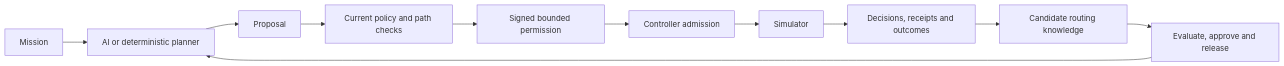
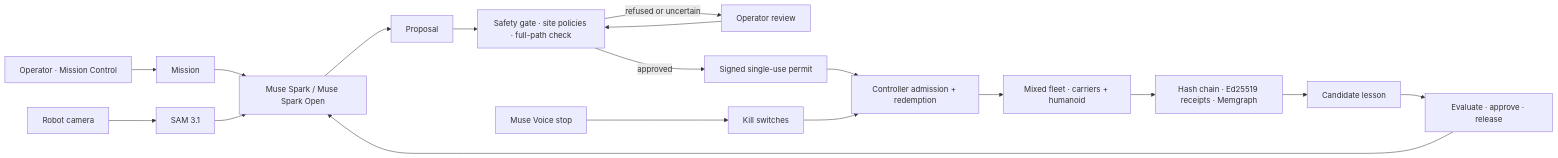
The diagram in README.md (othnielObasi/sovereign-autonomy), drawn with Mermaid before and after one commit. The commit also changed other lines of this file, not shown here.

Commit message:
Rewrite README for production: live links, mission flow, Meta models, architecture, deployment

````diff
--- a/README.md
+++ b/README.md
@@ -37,13 +52,18 @@
 ```mermaid
 flowchart LR
-    Mission --> Planner[AI or deterministic planner]
+    Op[Operator · Mission Control] --> Mission
+    Mission --> Planner[Muse Spark / Muse Spark Open]
+    Cam[Robot camera] --> SAM[SAM 3.1] --> Planner
     Planner --> Proposal
-    Proposal --> Gate[Current policy and path checks]
-    Gate --> Permit[Signed bounded permission]
-    Permit --> Controller[Controller admission]
-    Controller --> Simulator
-    Simulator --> Evidence[Decisions, receipts and outcomes]
-    Evidence --> Candidate[Candidate routing knowledge]
-    Candidate --> Review[Evaluate, approve and release]
-    Review --> Planner
+    Proposal --> Gate[Safety gate · site policies · full-path check]
+    Gate -- refused or uncertain --> Review[Operator review]
+    Review --> Gate
+    Gate -- approved --> Permit[Signed single-use permit]
+    Permit --> Controller[Controller admission + redemption]
+    Controller --> Robots[Mixed fleet · carriers + humanoid]
+    Voice[Muse Voice stop] --> Kill[Kill switches]
+    Kill --> Controller
+    Robots --> Evidence[Hash chain · Ed25519 receipts · Memgraph]
+    Evidence --> Lesson[Candidate lesson] --> Release[Evaluate · approve · release]
+    Release --> Planner
 ```
````
